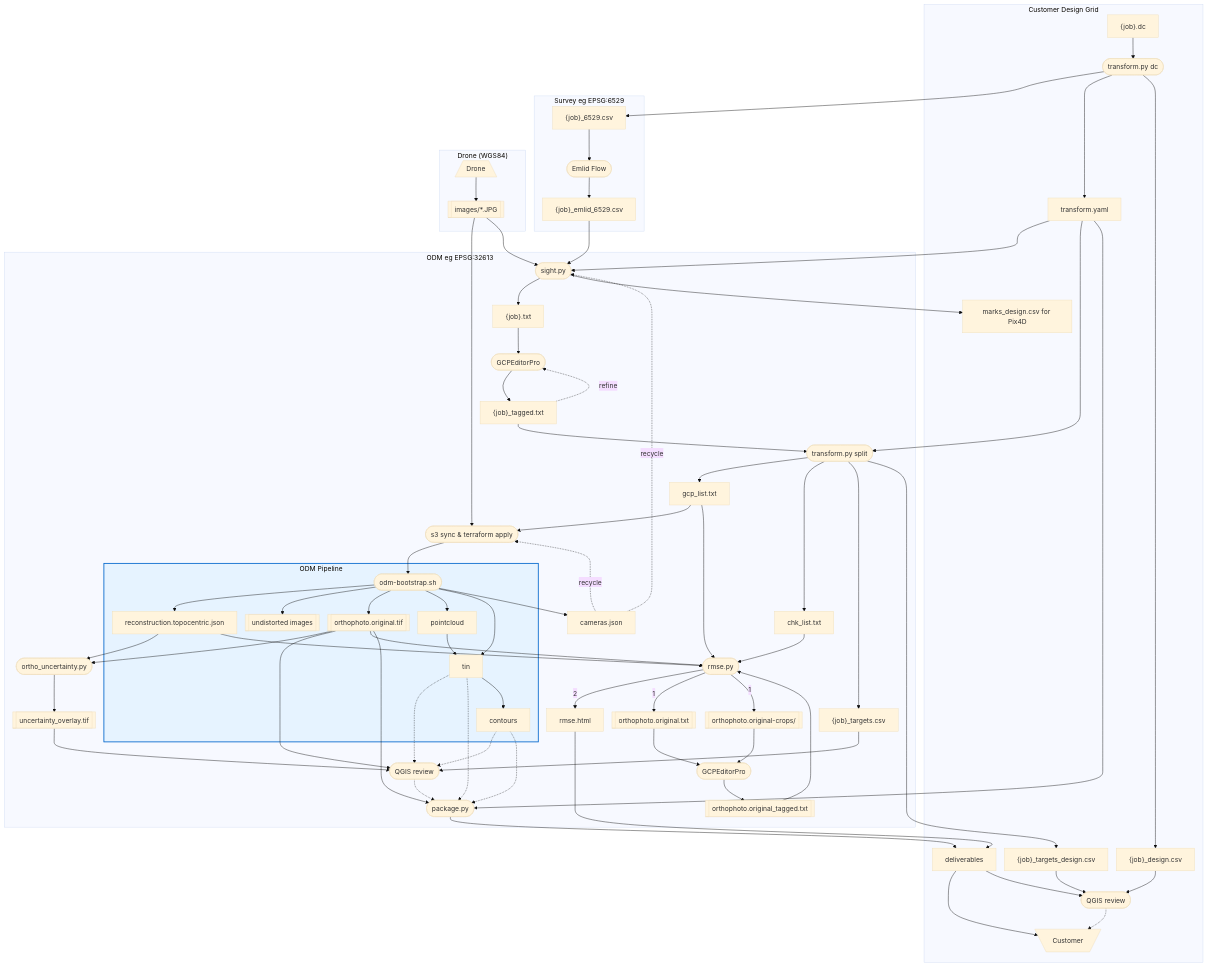
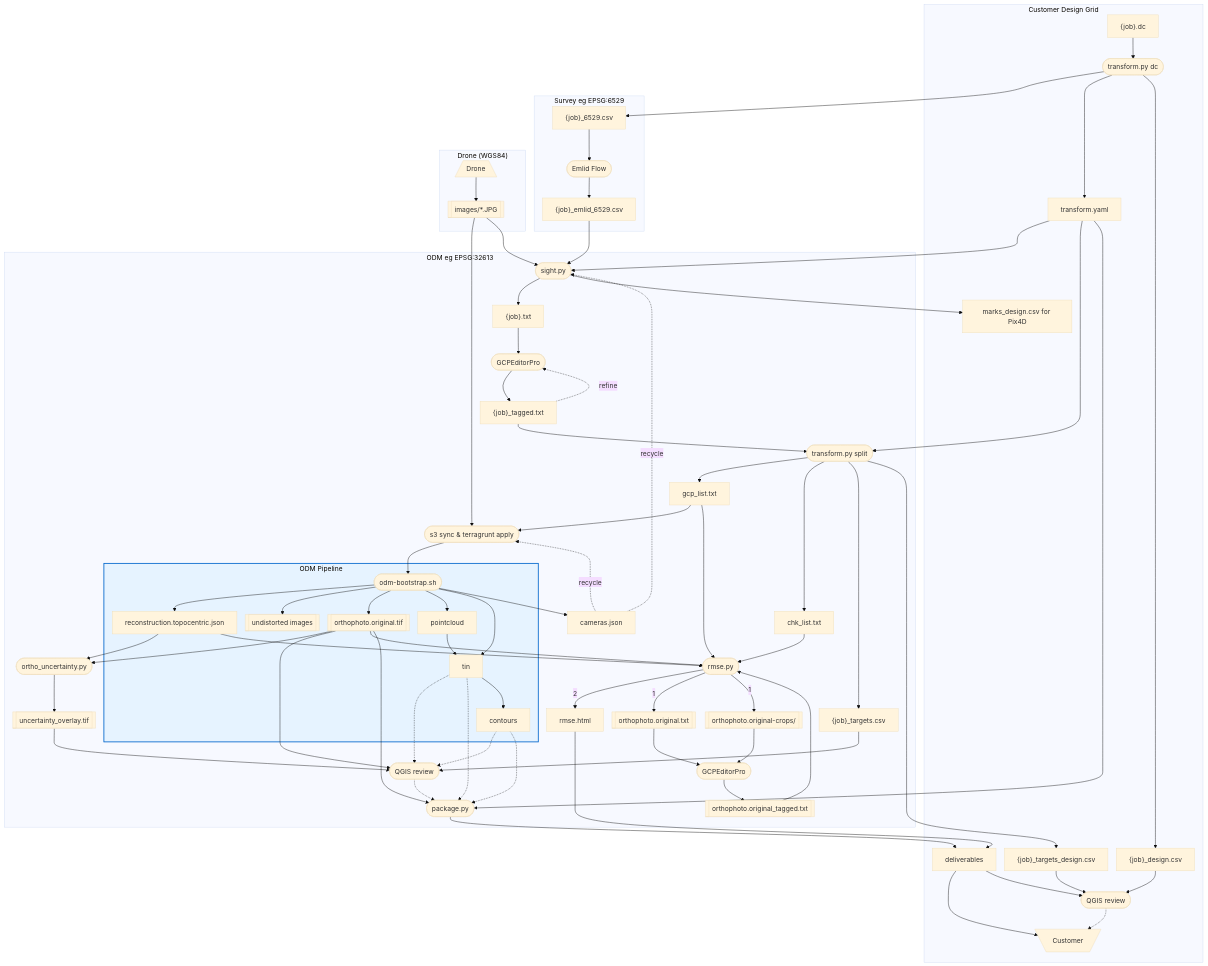
One commit to jrstear/geo changed the diagram in docs/odm-workflow.md. Above: the diagram before and after it, drawn with Mermaid. The commit also changed other lines of this file, not shown here.

First line of the commit message:
docs: odm-workflow step 5 reflects terragrunt + dropped customer prefix

```diff
--- a/docs/odm-workflow.md
+++ b/docs/odm-workflow.md
@@ -24,7 +24,7 @@
     chk_list["chk_list.txt"]
     targets["{job}_targets.csv"]
     targets_design["{job}_targets_design.csv"]
-    launch_odm(["s3 sync & terraform apply"])
+    launch_odm(["s3 sync & terragrunt apply"])
     odm(["odm-bootstrap.sh"])
     rmse(["rmse.py"])
     report["rmse.html"]
```
